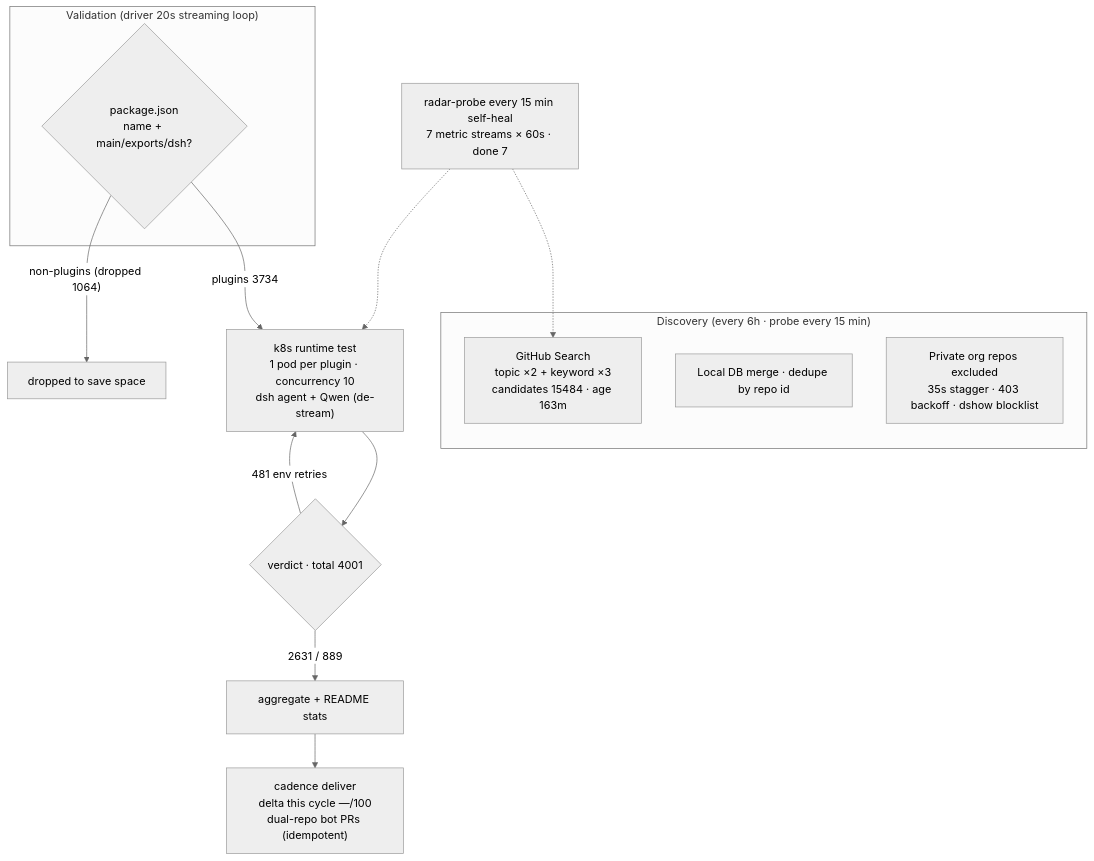
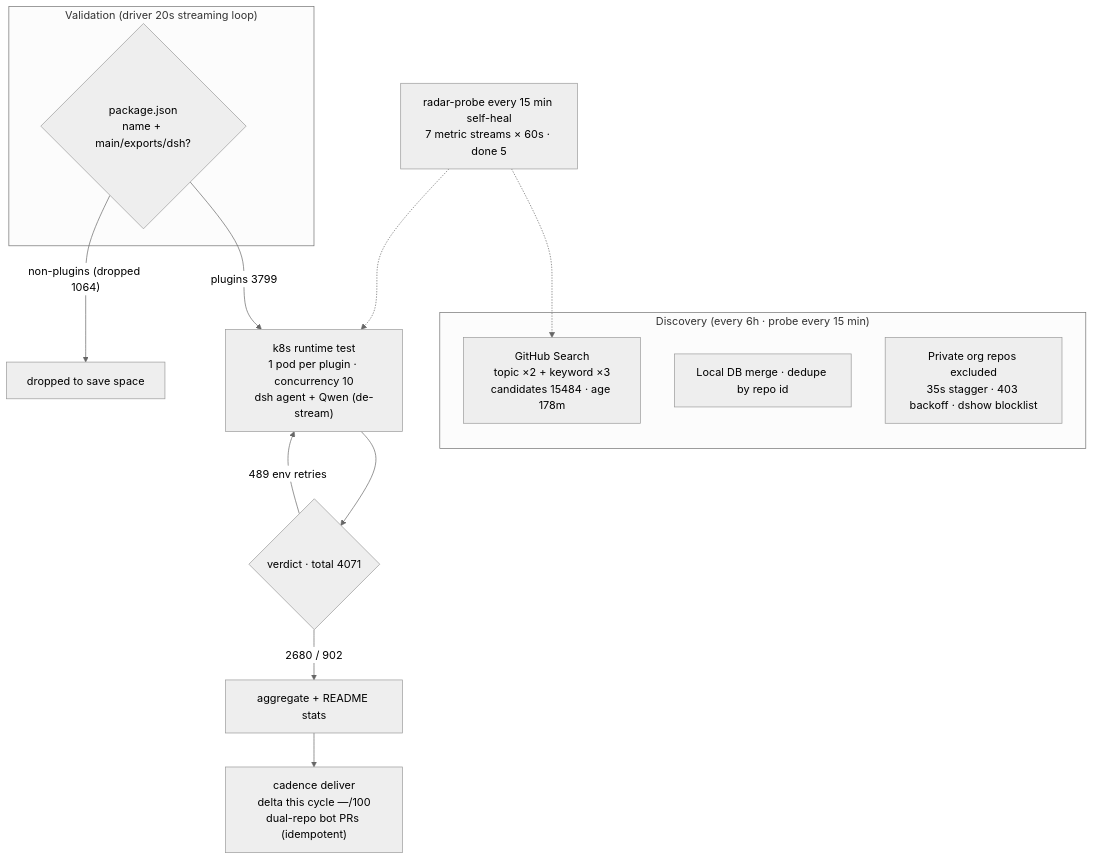
The diagram in README.en-US.md (AdamPlatin123/awesome-dsh-plugins), drawn with Mermaid (neutral theme) before and after one commit. The commit also changed other lines of this file and 5 other files, not shown here.

````diff
--- a/README.en-US.md
+++ b/README.en-US.md
@@ -30,20 +30,20 @@
 ```mermaid
 flowchart TB
     subgraph Discovery["Discovery (every 6h · probe every 15 min)"]
-        A1["GitHub Search<br/>topic ×2 + keyword ×3<br/>candidates 15484 · age 163m"]
+        A1["GitHub Search<br/>topic ×2 + keyword ×3<br/>candidates 15484 · age 178m"]
         A2["Local DB merge · dedupe by repo id"]
         A3["Private org repos excluded<br/>35s stagger · 403 backoff · dshow blocklist"]
     end
     subgraph Validation["Validation (driver 20s streaming loop)"]
         B1{"package.json<br/>name + main/exports/dsh?"}
     end
-    B1 -->|"plugins 3734"| C1["k8s runtime test<br/>1 pod per plugin · concurrency 10<br/>dsh agent + Qwen (de-stream)"]
+    B1 -->|"plugins 3799"| C1["k8s runtime test<br/>1 pod per plugin · concurrency 10<br/>dsh agent + Qwen (de-stream)"]
     B1 -->|"non-plugins (dropped 1064)"| B3["dropped to save space"]
-    C1 --> D1{"verdict · total 4001"}
-    D1 -->|"2631 / 889"| E1["aggregate + README stats"]
-    D1 -->|"481 env retries"| C1
+    C1 --> D1{"verdict · total 4071"}
+    D1 -->|"2680 / 902"| E1["aggregate + README stats"]
+    D1 -->|"489 env retries"| C1
     E1 --> E2["cadence deliver<br/>delta this cycle —/100<br/>dual-repo bot PRs (idempotent)"]
-    M["radar-probe every 15 min self-heal<br/>7 metric streams × 60s · done 7"]
+    M["radar-probe every 15 min self-heal<br/>7 metric streams × 60s · done 5"]
     M -.-> A1
     M -.-> C1
 ```
````
